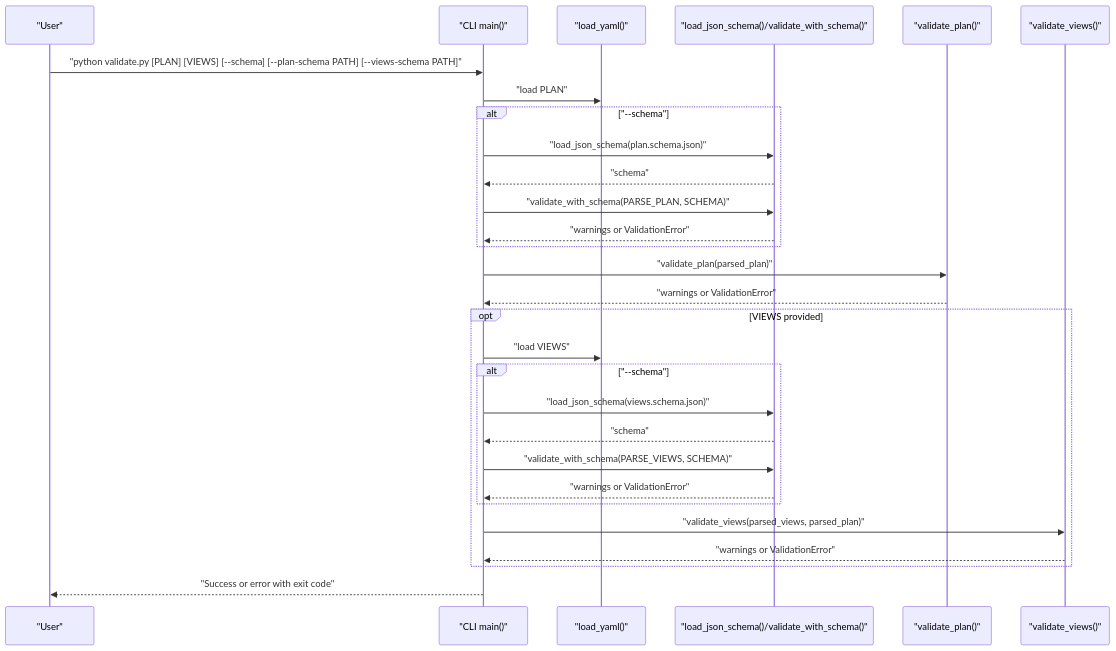
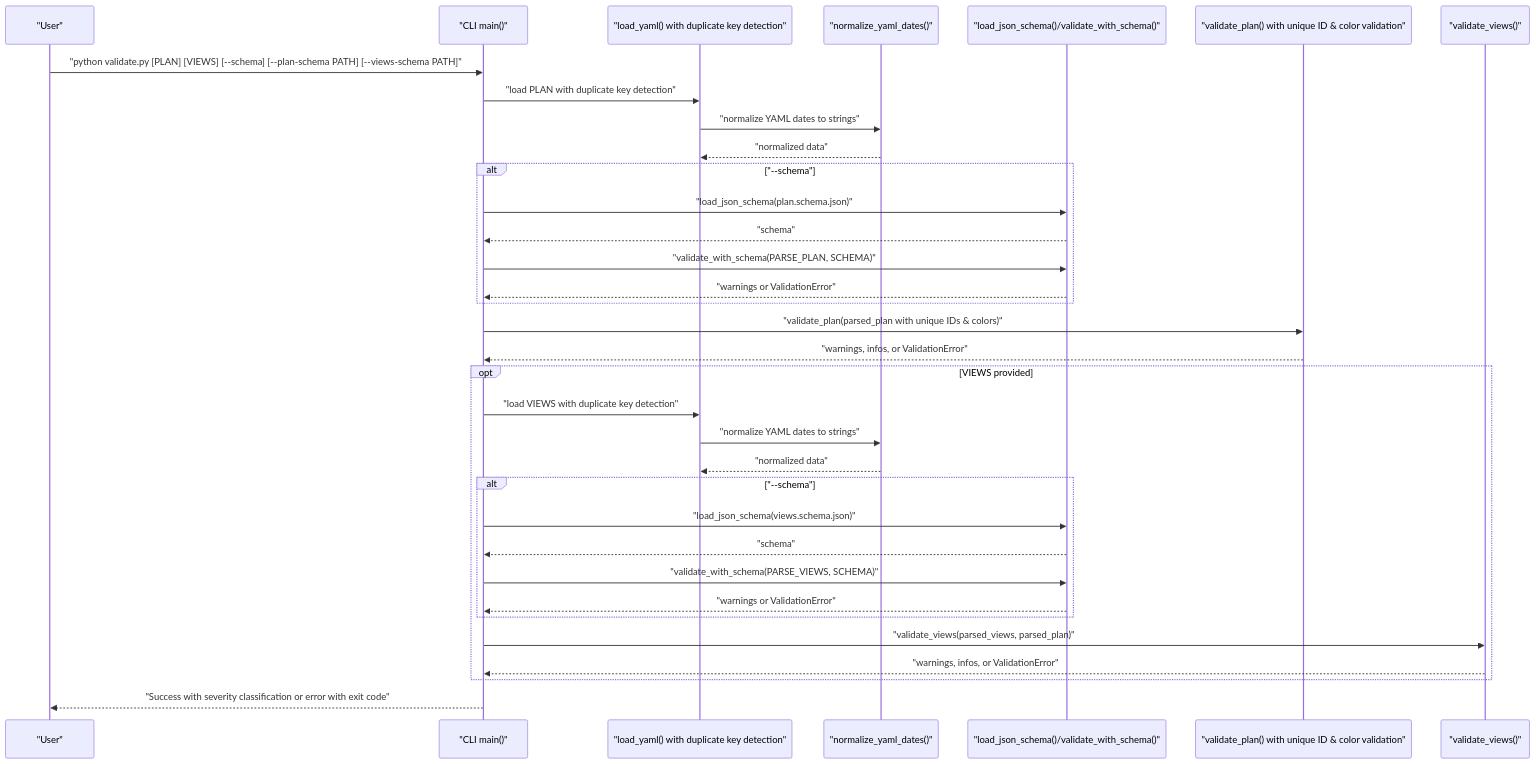
Before and after one commit to asukhodko/opskarta: the second of 3 diagrams in .qoder/repowiki/en/content/Tooling and Utilities/Validation System.md, drawn with Mermaid. The commit also changed other lines of this file and 6 other files, not shown here.

````diff
--- a/.qoder/repowiki/en/content/Tooling and Utilities/Validation System.md
+++ b/.qoder/repowiki/en/content/Tooling and Utilities/Validation System.md
@@ -113,31 +127,36 @@
 ```mermaid
 sequenceDiagram
 participant U as "User"
 participant CLI as "CLI main()"
-participant Y as "load_yaml()"
+participant Y as "load_yaml() with duplicate key detection"
+participant DN as "normalize_yaml_dates()"
 participant JS as "load_json_schema()/validate_with_schema()"
-participant VP as "validate_plan()"
+participant VP as "validate_plan() with unique ID & color validation"
 participant VV as "validate_views()"
 U->>CLI : "python validate.py [PLAN] [VIEWS] [--schema] [--plan-schema PATH] [--views-schema PATH]"
-CLI->>Y : "load PLAN"
+CLI->>Y : "load PLAN with duplicate key detection"
+Y->>DN : "normalize YAML dates to strings"
+DN-->>Y : "normalized data"
 alt "--schema"
 CLI->>JS : "load_json_schema(plan.schema.json)"
 JS-->>CLI : "schema"
 CLI->>JS : "validate_with_schema(PARSE_PLAN, SCHEMA)"
 JS-->>CLI : "warnings or ValidationError"
 end
-CLI->>VP : "validate_plan(parsed_plan)"
-VP-->>CLI : "warnings or ValidationError"
+CLI->>VP : "validate_plan(parsed_plan with unique IDs & colors)"
+VP-->>CLI : "warnings, infos, or ValidationError"
 opt VIEWS provided
-CLI->>Y : "load VIEWS"
+CLI->>Y : "load VIEWS with duplicate key detection"
+Y->>DN : "normalize YAML dates to strings"
+DN-->>Y : "normalized data"
 alt "--schema"
 CLI->>JS : "load_json_schema(views.schema.json)"
 JS-->>CLI : "schema"
 CLI->>JS : "validate_with_schema(PARSE_VIEWS, SCHEMA)"
 JS-->>CLI : "warnings or ValidationError"
 end
 CLI->>VV : "validate_views(parsed_views, parsed_plan)"
-VV-->>CLI : "warnings or ValidationError"
+VV-->>CLI : "warnings, infos, or ValidationError"
 end
-CLI-->>U : "Success or error with exit code"
+CLI-->>U : "Success with severity classification or error with exit code"
 ```
````
